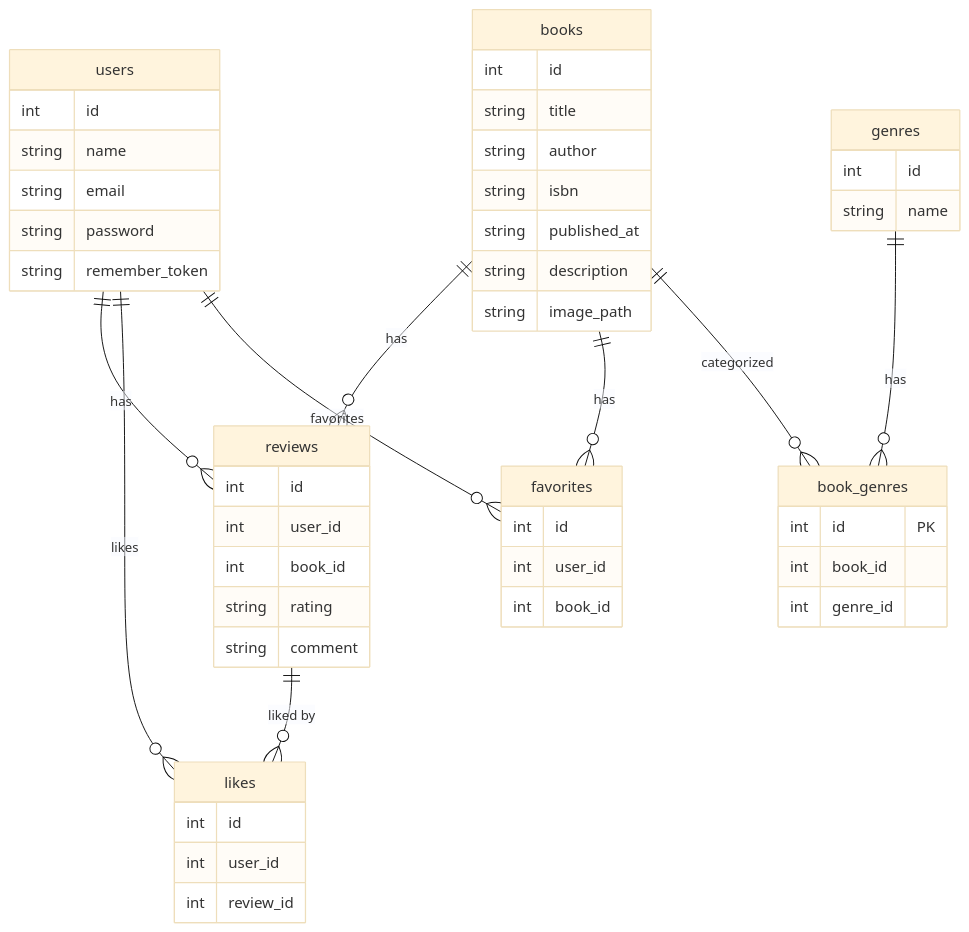
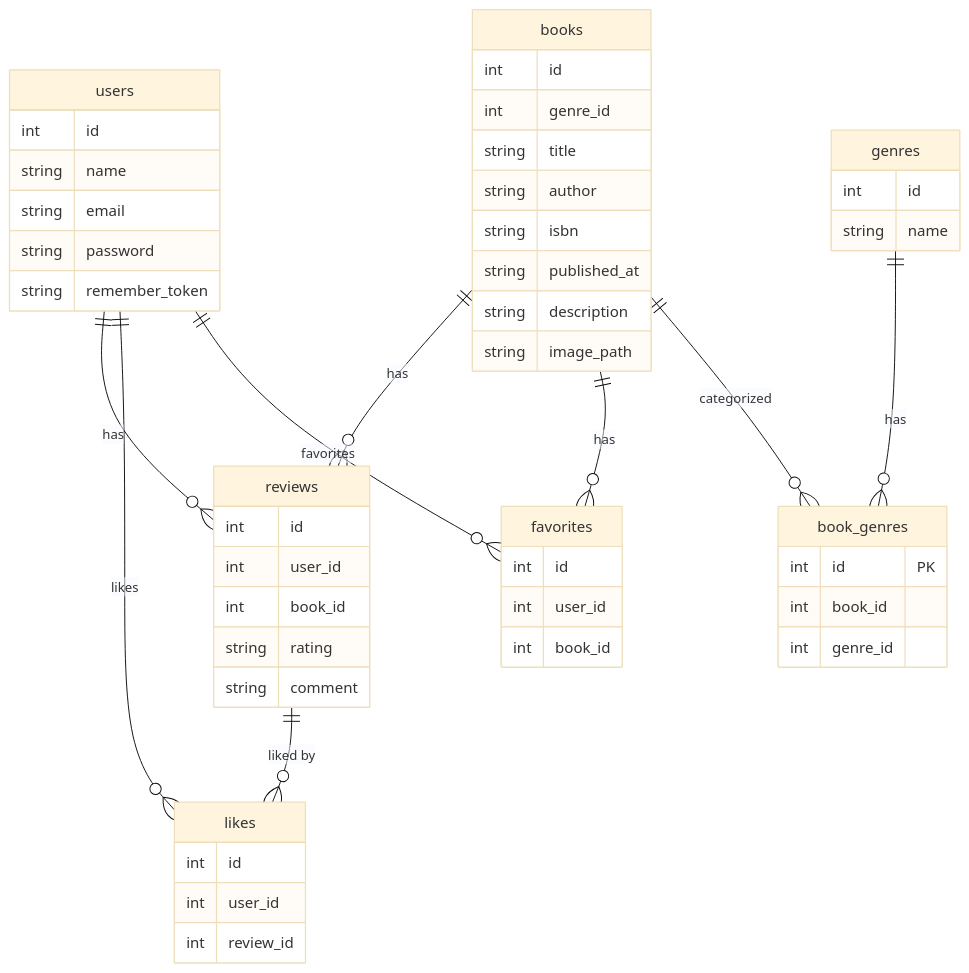
The diagram in README.md (Denchan55/Bookshelf-v2), drawn with Mermaid (base theme) before and after one commit. The commit also changed 15 other files, not shown here.

````diff
--- a/README.md
+++ b/README.md
@@ -20,63 +20,64 @@
 ```mermaid
 erDiagram
   users {
     int id
     string name
     string email
     string password
     string remember_token
   }
 
   books {
     int id
+    int genre_id
     string title
     string author
     string isbn
     string published_at
     string description
     string image_path
   }
 
   reviews {
     int id
     int user_id
     int book_id
     string rating
     string comment
   }
 
   likes {
     int id
     int user_id
     int review_id
   }
 
   favorites{
     int id
     int user_id
     int book_id
   }
 
   genres{
     int id
     string name
   }
 
   book_genres {
     int id PK
     int book_id
     int genre_id
   }
 
     users ||--o{ reviews : "has"
     users ||--o{ likes : "likes"
     users ||--o{ favorites : "favorites"
 
     books ||--o{ reviews : "has"
     books ||--o{ favorites : "has"
     books ||--o{ book_genres : "categorized"
 
     reviews ||--o{ likes : "liked by"
 
     genres ||--o{ book_genres : "has"
 ```
````
